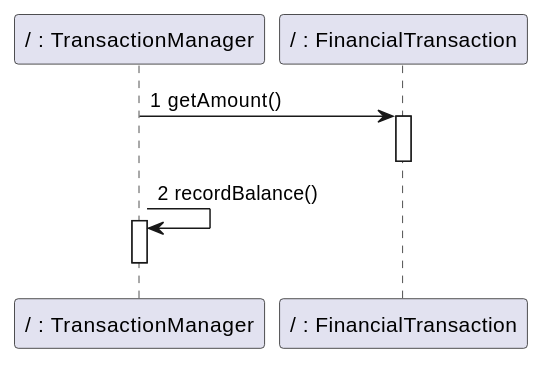
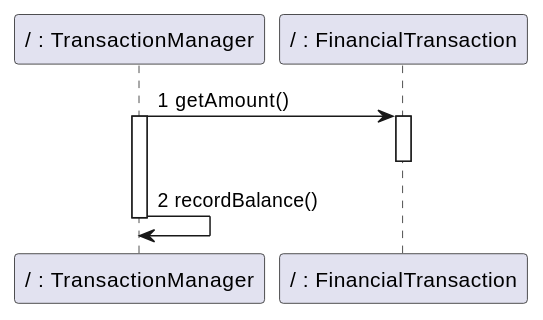
Before and after one commit to nicolabattaglino/ezshop: diagram 18 of 18 in Deliverables/DesignDocument.md, drawn with PlantUML. The commit also changed other lines of this file, not shown here.

````diff
--- a/Deliverables/DesignDocument.md
+++ b/Deliverables/DesignDocument.md
@@ -902,15 +902,15 @@
 ```plantuml
 @startuml
 
 
 participant "/ : TransactionManager" as TransactionManager
 participant "/ : FinancialTransaction" as FinancialTransaction
 
 TransactionManager-> FinancialTransaction:1 getAmount()
 activate FinancialTransaction
 deactivate FinancialTransaction
+activate TransactionManager
 TransactionManager -> TransactionManager:2 recordBalance() 
-activate TransactionManager
 deactivate TransactionManager
 @enduml
 ```
````
